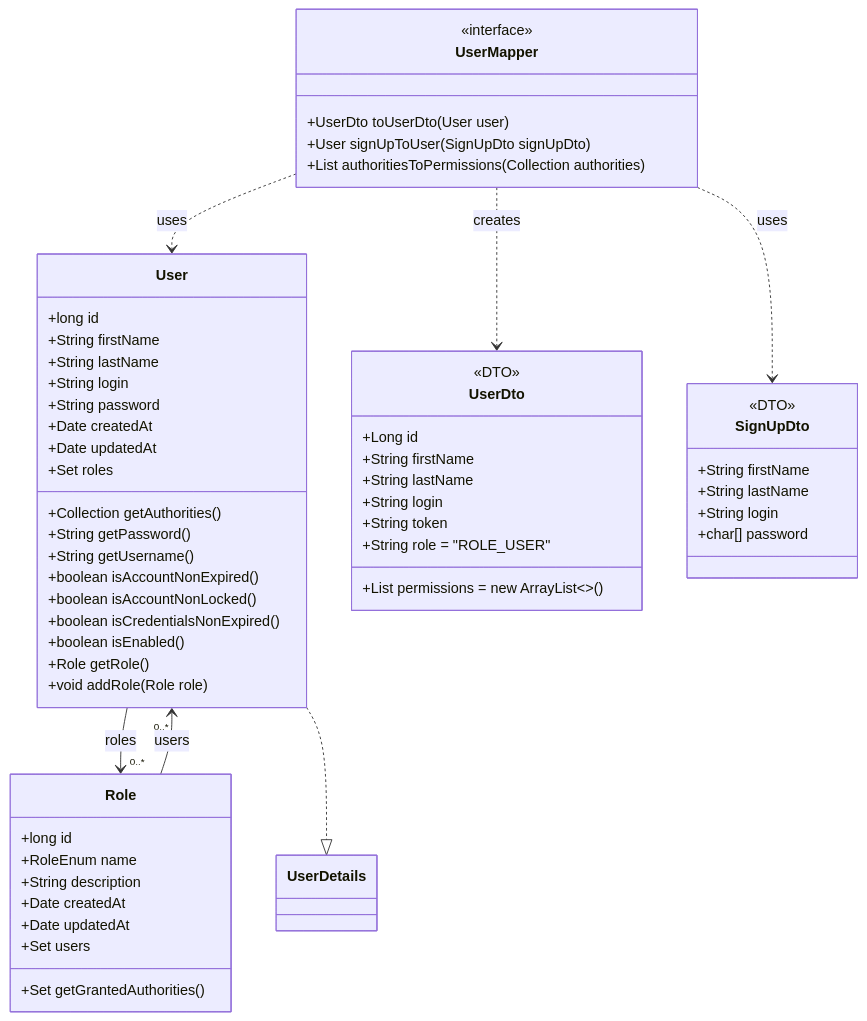
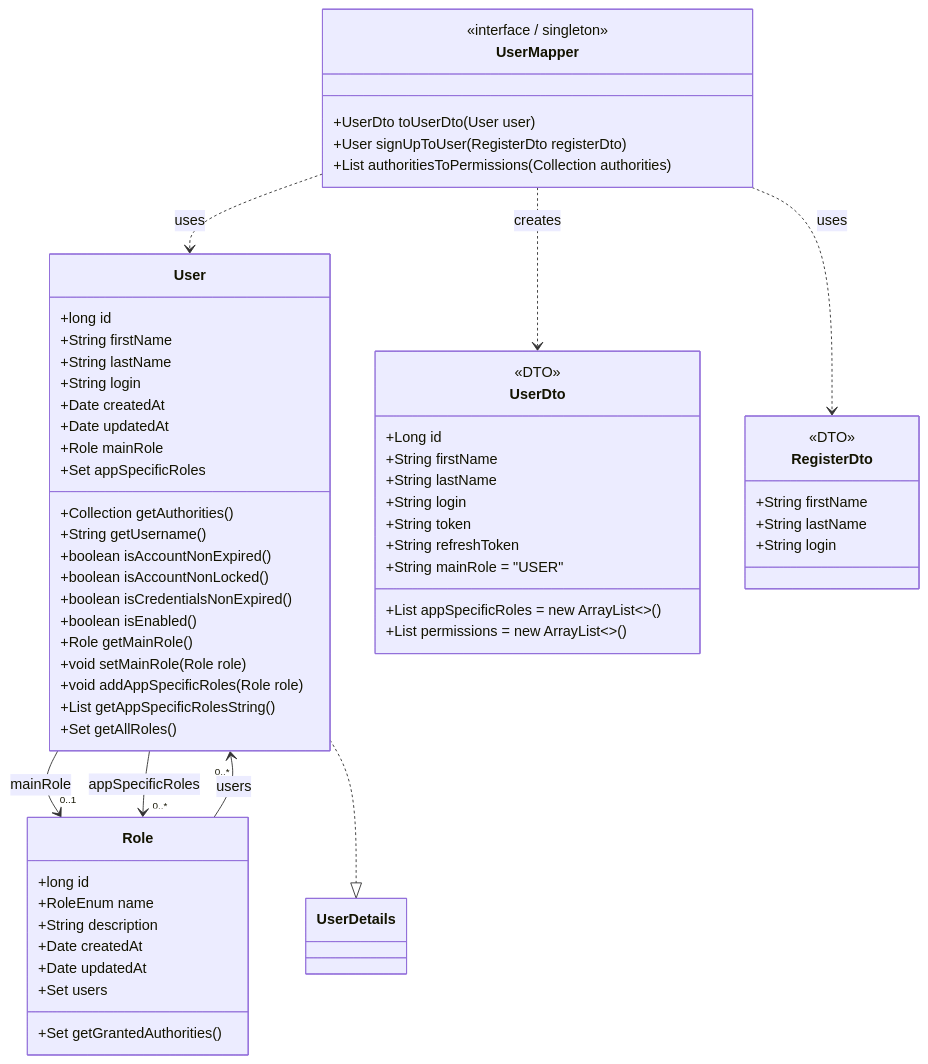
One commit to OrifInformatique/template_frontback changed the second of 4 diagrams in doc/process-documentation.md. Above: the diagram before and after it, drawn with Mermaid. The commit also changed other lines of this file, not shown here.

````diff
--- a/doc/process-documentation.md
+++ b/doc/process-documentation.md
@@ -132,66 +133,70 @@
 ```mermaid
 classDiagram
     class User {
         +long id
         +String firstName
         +String lastName
         +String login
-        +String password
         +Date createdAt
         +Date updatedAt
-        +Set<Role> roles
+        +Role mainRole
+        +Set<Role> appSpecificRoles
         +Collection<GrantedAuthority> getAuthorities()
-        +String getPassword()
         +String getUsername()
         +boolean isAccountNonExpired()
         +boolean isAccountNonLocked()
         +boolean isCredentialsNonExpired()
         +boolean isEnabled()
-        +Role getRole()
-        +void addRole(Role role)
+        +Role getMainRole()
+        +void setMainRole(Role role)
+        +void addAppSpecificRoles(Role role)
+        +List<String> getAppSpecificRolesString()
+        +Set<Role> getAllRoles()
     }
 
     class Role {
         +long id
         +RoleEnum name
         +String description
         +Date createdAt
         +Date updatedAt
         +Set<User> users
         +Set<SimpleGrantedAuthority> getGrantedAuthorities()
     }
 
     class UserDto {
         <<DTO>>
         +Long id
         +String firstName
         +String lastName
         +String login
         +String token
-        +String role = "ROLE_USER"
+        +String refreshToken
+        +String mainRole = "USER"
+        +List<String> appSpecificRoles = new ArrayList<>()
         +List<String> permissions = new ArrayList<>()
     }
 
-    class SignUpDto {
+    class RegisterDto {
         <<DTO>>
         +String firstName
         +String lastName
         +String login
-        +char[] password
     }
 
     class UserMapper {
-        <<interface>>
+        <<interface / singleton>>
         +UserDto toUserDto(User user)
-        +User signUpToUser(SignUpDto signUpDto)
+        +User signUpToUser(RegisterDto registerDto)
         +List<String> authoritiesToPermissions(Collection<GrantedAuthority> authorities)
     }
 
     %% Relationships
-    User --> "0..*" Role : roles
+    User --> "0..1" Role : mainRole
+    User --> "0..*" Role : appSpecificRoles
     Role --> "0..*" User : users
     UserMapper ..> User : uses
     UserMapper ..> UserDto : creates
-    UserMapper ..> SignUpDto : uses
+    UserMapper ..> RegisterDto : uses
     User ..|> UserDetails
 ```
````
